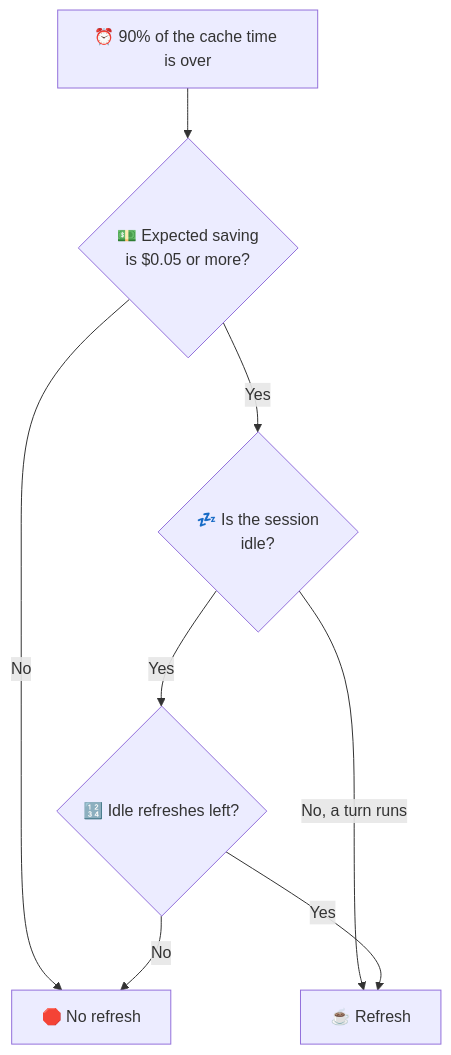
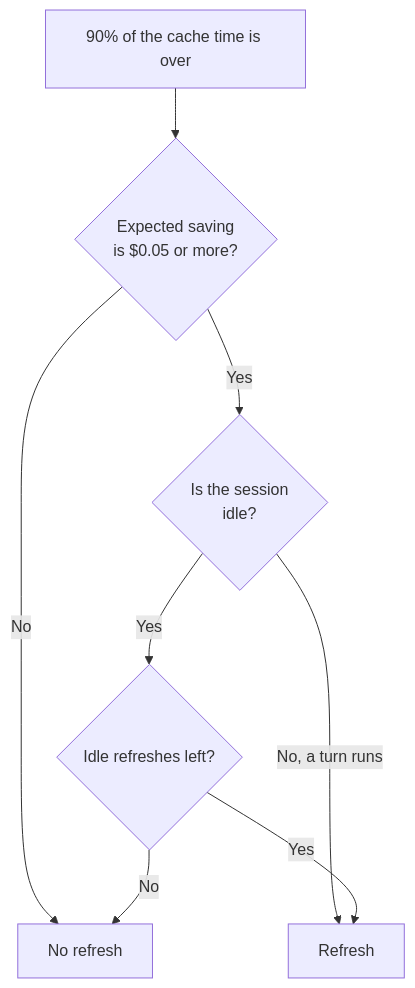
Before and after one commit to paulbkim-dev/claude-code-cache-warmer: the second of 2 diagrams in README.md, drawn with Mermaid. The commit also changed other lines of this file and 2 other files, not shown here.

````diff
--- a/README.md
+++ b/README.md
@@ -143,10 +108,10 @@
 ```mermaid
 flowchart TD
-    due["⏰ 90% of the cache time is over"] --> rule{"💵 Expected saving<br/>is $0.05 or more?"}
-    rule -- No --> skip["🛑 No refresh"]
-    rule -- Yes --> idle{"💤 Is the session<br/>idle?"}
-    idle -- "No, a turn runs" --> send["☕ Refresh"]
-    idle -- Yes --> left{"🔢 Idle refreshes left?"}
+    due["90% of the cache time is over"] --> rule{"Expected saving<br/>is $0.05 or more?"}
+    rule -- No --> skip["No refresh"]
+    rule -- Yes --> idle{"Is the session<br/>idle?"}
+    idle -- "No, a turn runs" --> send["Refresh"]
+    idle -- Yes --> left{"Idle refreshes left?"}
     left -- Yes --> send
     left -- No --> skip
 ```
````
